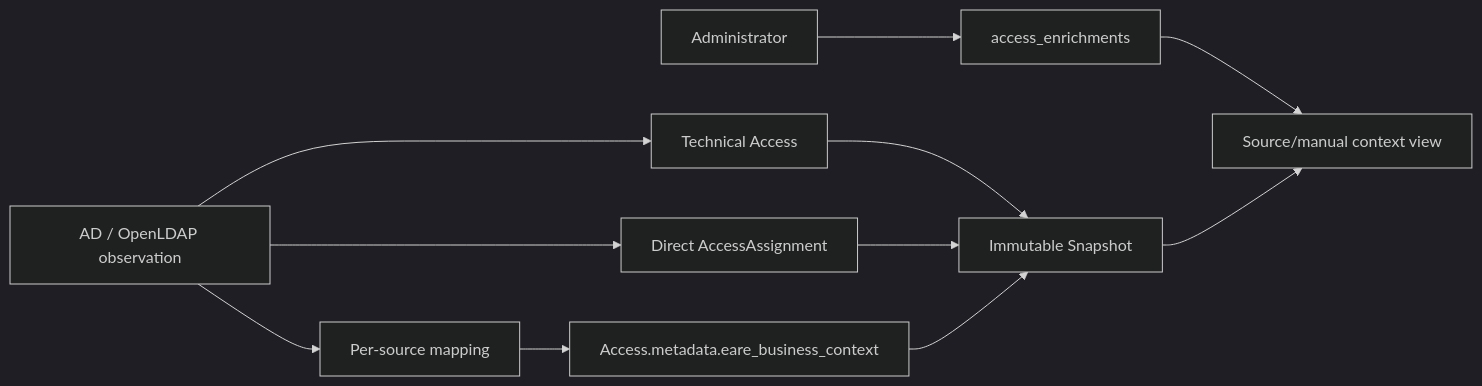
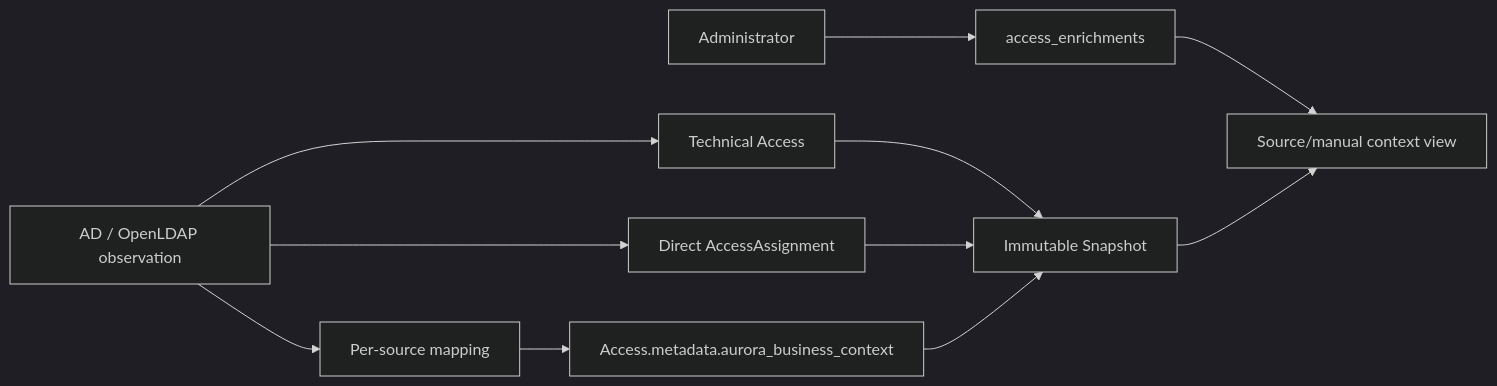
Before and after one commit to LCIT-CyberSecurity/Easy-Access-Review-Engine: the first of 8 diagrams in docs/source-business-context.md, drawn with Mermaid (dark theme). The commit also changed other lines of this file and 345 other files, not shown here.

Commit message:
Rebrand EARE as Aurora

````diff
--- a/docs/source-business-context.md
+++ b/docs/source-business-context.md
@@ -28,13 +28,13 @@
 ```mermaid
 flowchart LR
     DIR[AD / OpenLDAP observation] --> TECH[Technical Access]
     DIR --> ASSIGN[Direct AccessAssignment]
     DIR --> MAP[Per-source mapping]
-    MAP --> CTX[Access.metadata.eare_business_context]
+    MAP --> CTX[Access.metadata.aurora_business_context]
     TECH --> SNAP[Immutable Snapshot]
     ASSIGN --> SNAP
     CTX --> SNAP
     ADMIN[Administrator] --> MANUAL[access_enrichments]
     MANUAL --> VIEW[Source/manual context view]
     SNAP --> VIEW
 ```
````
